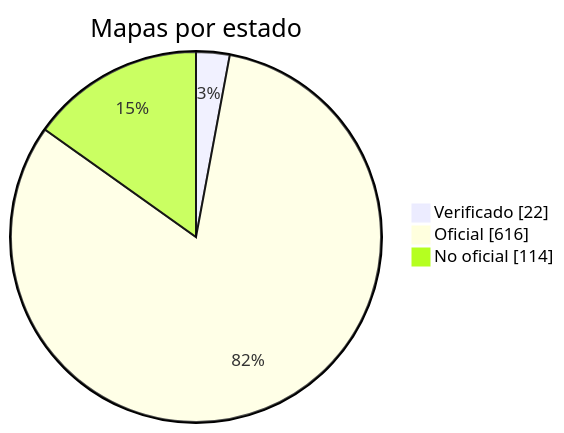
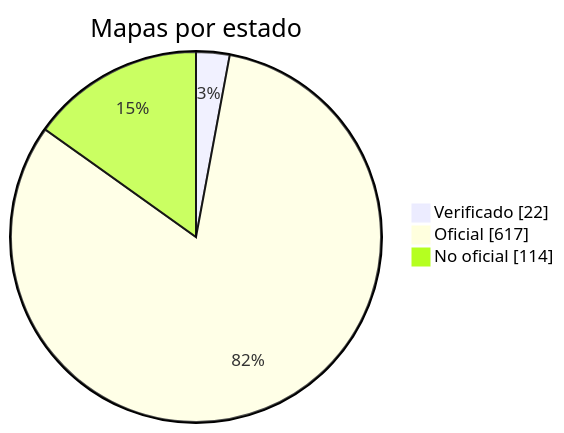
Before and after one commit to nobrega8/mbmap-library: the diagram in docs/readme/README_ES.md, drawn with Mermaid. The commit also changed 6 other files, not shown here.

````diff
--- a/docs/readme/README_ES.md
+++ b/docs/readme/README_ES.md
@@ -54,7 +54,7 @@
 ```mermaid
 pie showData
     title Mapas por estado
     "Verificado" : 22
-    "Oficial" : 616
+    "Oficial" : 617
     "No oficial" : 114
 ```
````
